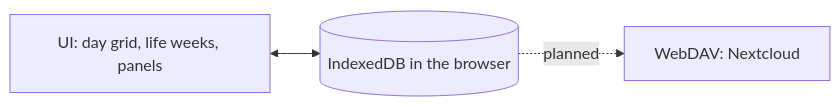
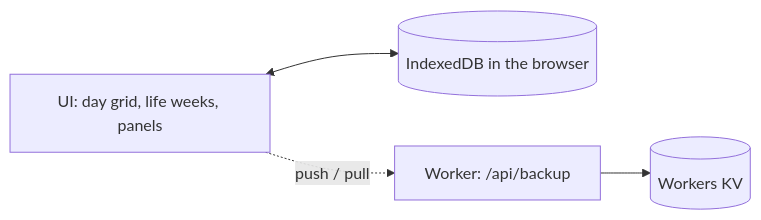
One commit to leekaize/ichido changed the diagram in ARCHITECTURE.md. Above: the diagram before and after it, drawn with Mermaid. The commit also changed other lines of this file and 4 other files, not shown here.

````diff
--- a/ARCHITECTURE.md
+++ b/ARCHITECTURE.md
@@ -9,5 +9,6 @@
 ```mermaid
 flowchart LR
     UI[UI: day grid, life weeks, panels] <--> DB[(IndexedDB in the browser)]
-    DB -. planned .-> WEB[WebDAV: Nextcloud]
+    UI -. push / pull .-> API[Worker: /api/backup]
+    API --> KV[(Workers KV)]
 ```
````
